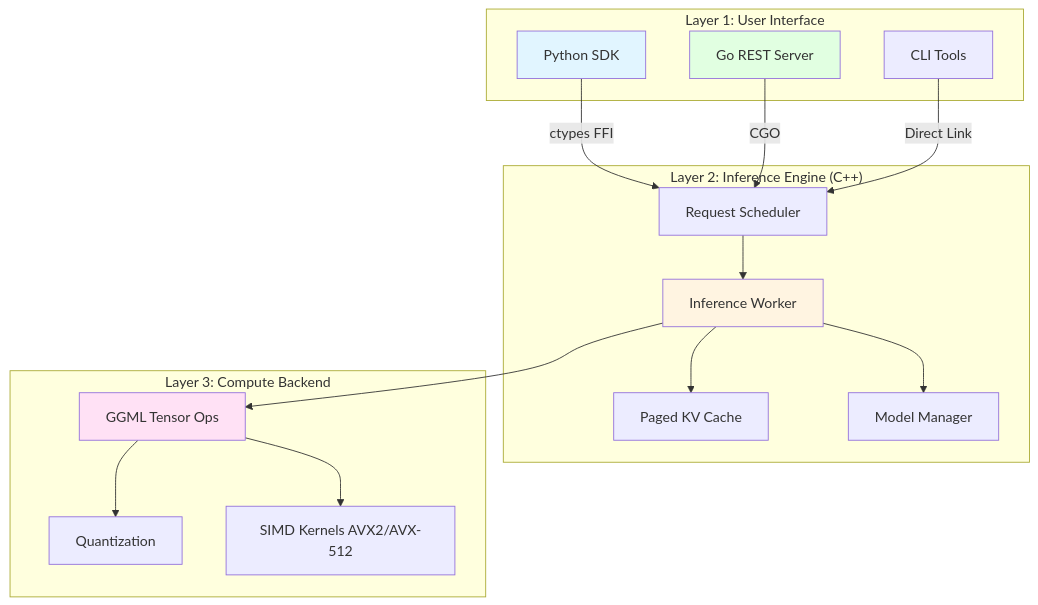
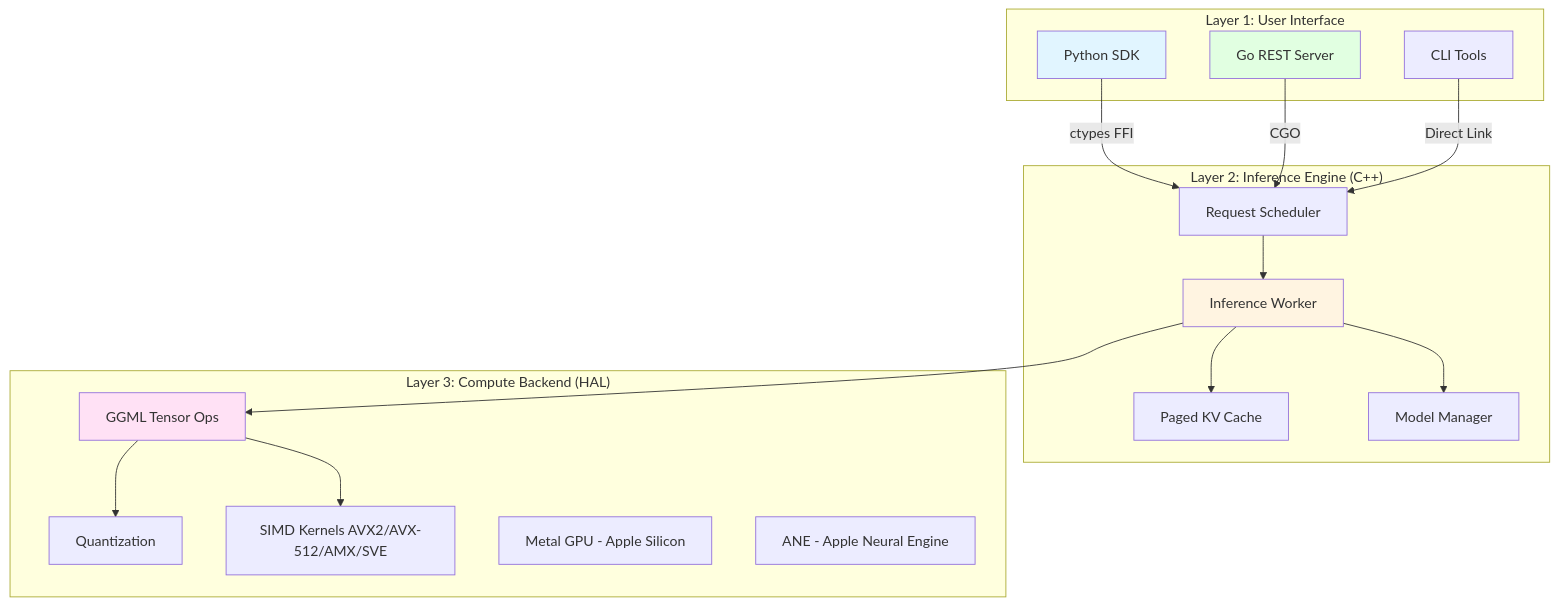
Before and after one commit to DenseAI/DenseCore: the first of 3 diagrams in docs/ARCHITECTURE.md, drawn with Mermaid. The commit also changed other lines of this file and 5 other files, not shown here.

````diff
--- a/docs/ARCHITECTURE.md
+++ b/docs/ARCHITECTURE.md
@@ -29,38 +29,40 @@
 ```mermaid
 graph TB
     subgraph "Layer 1: User Interface"
         PySDK[Python SDK]
         GoServer[Go REST Server]
         CLI[CLI Tools]
     end
 
     subgraph "Layer 2: Inference Engine (C++)"
         Scheduler[Request Scheduler]
         Worker[Inference Worker]
         KVCache[Paged KV Cache]
         ModelMgr[Model Manager]
     end
 
-    subgraph "Layer 3: Compute Backend"
+    subgraph "Layer 3: Compute Backend (HAL)"
         GGML[GGML Tensor Ops]
         Quant[Quantization]
-        SIMD[SIMD Kernels AVX2/AVX-512]
+        SIMD[SIMD Kernels AVX2/AVX-512/AMX/SVE]
+        Metal[Metal GPU - Apple Silicon]
+        ANE[ANE - Apple Neural Engine]
     end
 
     PySDK --> |ctypes FFI| Scheduler
     GoServer --> |CGO| Scheduler
     CLI --> |Direct Link| Scheduler
 
     Scheduler --> Worker
     Worker --> KVCache
     Worker --> ModelMgr
     Worker --> GGML
 
     GGML --> Quant
     GGML --> SIMD
 
     style PySDK fill:#e1f5ff
     style GoServer fill:#e1ffe1
     style Worker fill:#fff4e1
     style GGML fill:#ffe1f5
 ```
````
